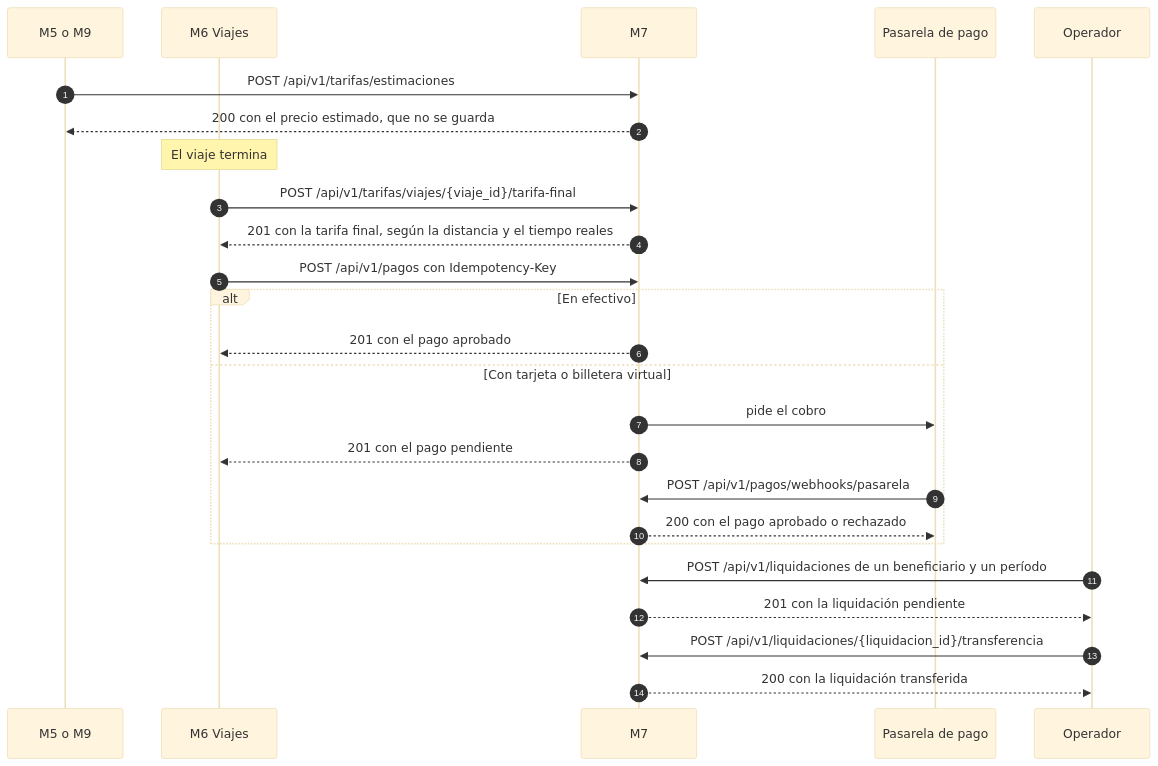
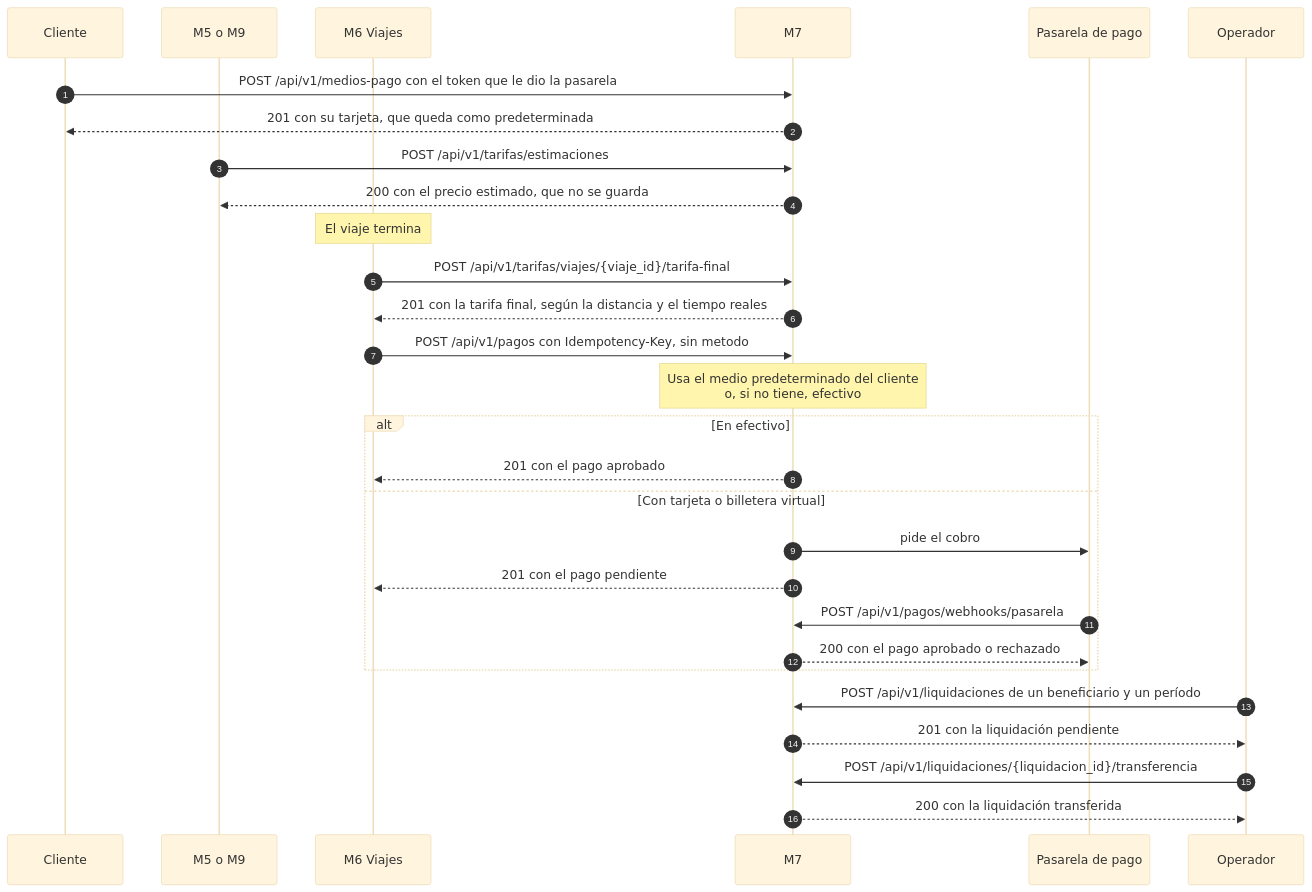
Before and after one commit to BubroskyR/DS2026-TPI-M7-GRUPO6: the third of 3 diagrams in docs/arquitectura.md, drawn with Mermaid (base theme). The commit also changed other lines of this file and 1 other file, not shown here.

Commit message:
README y diagramas: rutas, tablas, tokens y pasarela simulada

````diff
--- a/docs/arquitectura.md
+++ b/docs/arquitectura.md
@@ -61,28 +61,32 @@
 ```mermaid
 sequenceDiagram
     autonumber
+    participant C as Cliente
     participant D as M5 o M9
     participant V as M6 Viajes
     participant M7 as M7
     participant P as Pasarela de pago
     participant O as Operador
 
+    C->>M7: POST /api/v1/medios-pago con el token que le dio la pasarela
+    M7-->>C: 201 con su tarjeta, que queda como predeterminada
     D->>M7: POST /api/v1/tarifas/estimaciones
     M7-->>D: 200 con el precio estimado, que no se guarda
     Note over V: El viaje termina
     V->>M7: POST /api/v1/tarifas/viajes/{viaje_id}/tarifa-final
     M7-->>V: 201 con la tarifa final, según la distancia y el tiempo reales
-    V->>M7: POST /api/v1/pagos con Idempotency-Key
+    V->>M7: POST /api/v1/pagos con Idempotency-Key, sin metodo
+    Note over M7: Usa el medio predeterminado del cliente<br>o, si no tiene, efectivo
     alt En efectivo
         M7-->>V: 201 con el pago aprobado
     else Con tarjeta o billetera virtual
         M7->>P: pide el cobro
         M7-->>V: 201 con el pago pendiente
         P->>M7: POST /api/v1/pagos/webhooks/pasarela
         M7-->>P: 200 con el pago aprobado o rechazado
     end
     O->>M7: POST /api/v1/liquidaciones de un beneficiario y un período
     M7-->>O: 201 con la liquidación pendiente
     O->>M7: POST /api/v1/liquidaciones/{liquidacion_id}/transferencia
     M7-->>O: 200 con la liquidación transferida
 ```
````
